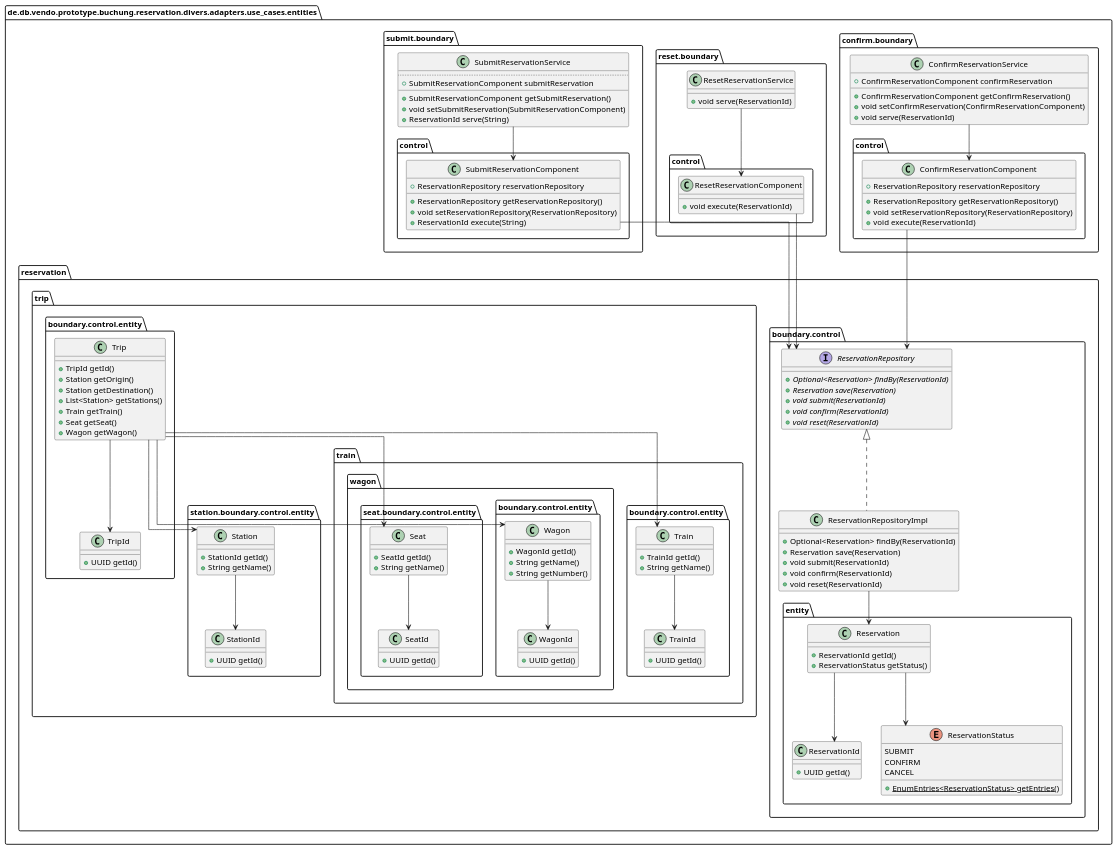
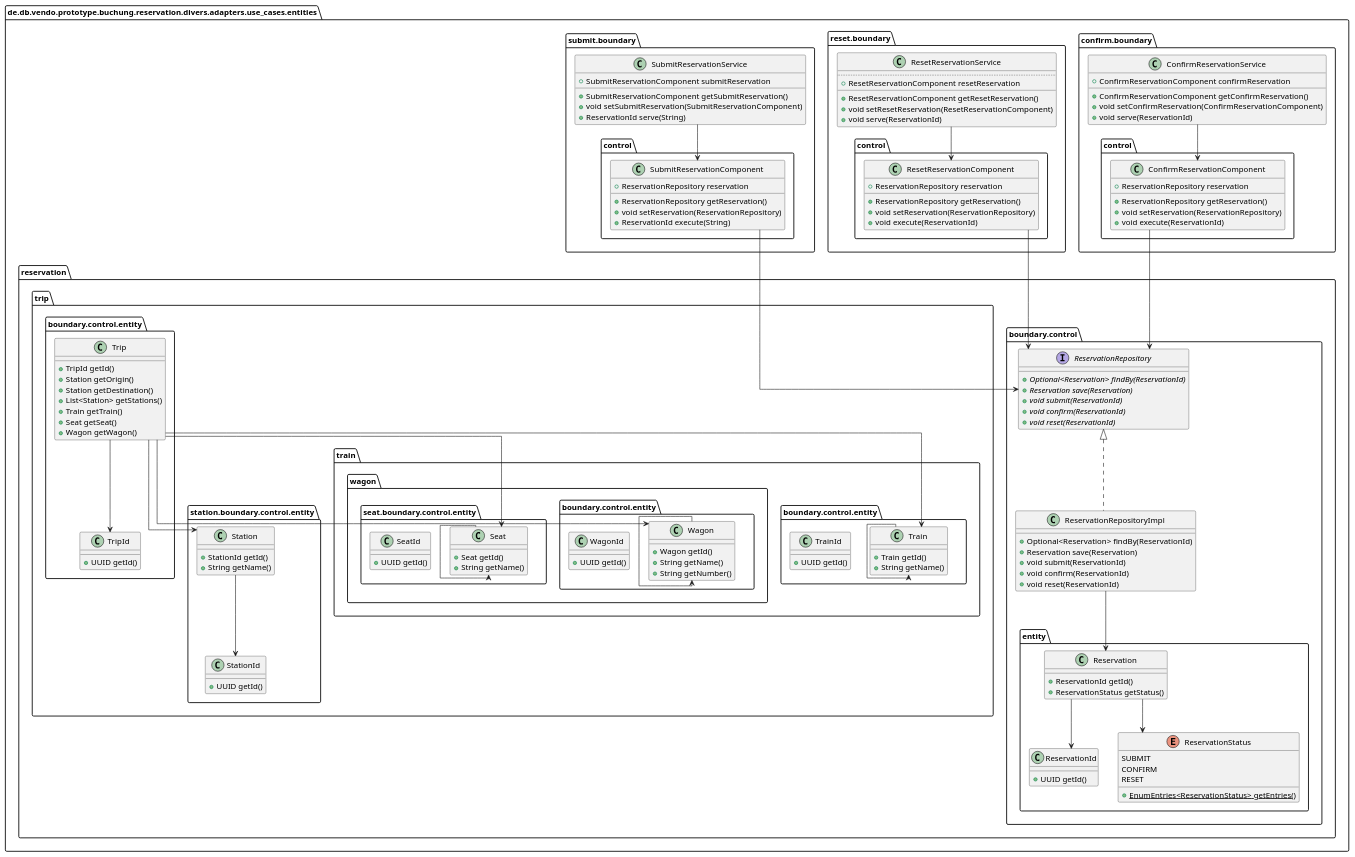
One commit to punkratz312/reservation-proto changed the diagram in doc/uml/puml/entities.puml. Above: the diagram before and after it, drawn with PlantUML. The commit also changed 15 other files, not shown here.

```diff
--- a/doc/uml/puml/entities.puml
+++ b/doc/uml/puml/entities.puml
@@ -1,129 +1,137 @@
 @startuml
 !pragma useIntermediatePackages false
 skinparam linetype ortho
 show stereotype
 
 class "ConfirmReservationService" as de.db.vendo.prototype.buchung.reservation.divers.adapters.use_cases.entities.confirm.boundary.ConfirmReservationService {
   +ConfirmReservationComponent confirmReservation
   __
   +ConfirmReservationComponent getConfirmReservation()
   +void setConfirmReservation(ConfirmReservationComponent)
   +void serve(ReservationId)
 }
 class "ConfirmReservationComponent" as de.db.vendo.prototype.buchung.reservation.divers.adapters.use_cases.entities.confirm.boundary.control.ConfirmReservationComponent {
-  +ReservationRepository reservationRepository
+  +ReservationRepository reservation
   __
-  +ReservationRepository getReservationRepository()
-  +void setReservationRepository(ReservationRepository)
+  +ReservationRepository getReservation()
+  +void setReservation(ReservationRepository)
   +void execute(ReservationId)
 }
 interface "ReservationRepository" as de.db.vendo.prototype.buchung.reservation.divers.adapters.use_cases.entities.reservation.boundary.control.ReservationRepository {
   + {abstract}Optional<Reservation> findBy(ReservationId)
   + {abstract}Reservation save(Reservation)
   + {abstract}void submit(ReservationId)
   + {abstract}void confirm(ReservationId)
   + {abstract}void reset(ReservationId)
 }
 class "ReservationRepositoryImpl" as de.db.vendo.prototype.buchung.reservation.divers.adapters.use_cases.entities.reservation.boundary.control.ReservationRepositoryImpl {
   +Optional<Reservation> findBy(ReservationId)
   +Reservation save(Reservation)
   +void submit(ReservationId)
   +void confirm(ReservationId)
   +void reset(ReservationId)
 }
 class "Reservation" as de.db.vendo.prototype.buchung.reservation.divers.adapters.use_cases.entities.reservation.boundary.control.entity.Reservation {
   +ReservationId getId()
   +ReservationStatus getStatus()
 }
 class "ReservationId" as de.db.vendo.prototype.buchung.reservation.divers.adapters.use_cases.entities.reservation.boundary.control.entity.ReservationId {
   +UUID getId()
 }
 enum "ReservationStatus" as de.db.vendo.prototype.buchung.reservation.divers.adapters.use_cases.entities.reservation.boundary.control.entity.ReservationStatus {
   SUBMIT
   CONFIRM
-  CANCEL
+  RESET
   __
   + {static}EnumEntries<ReservationStatus> getEntries()
 }
 class "Trip" as de.db.vendo.prototype.buchung.reservation.divers.adapters.use_cases.entities.reservation.trip.boundary.control.entity.Trip {
   +TripId getId()
   +Station getOrigin()
   +Station getDestination()
   +List<Station> getStations()
   +Train getTrain()
   +Seat getSeat()
   +Wagon getWagon()
 }
 class "TripId" as de.db.vendo.prototype.buchung.reservation.divers.adapters.use_cases.entities.reservation.trip.boundary.control.entity.TripId {
   +UUID getId()
 }
 class "Station" as de.db.vendo.prototype.buchung.reservation.divers.adapters.use_cases.entities.reservation.trip.station.boundary.control.entity.Station {
   +StationId getId()
   +String getName()
 }
 class "StationId" as de.db.vendo.prototype.buchung.reservation.divers.adapters.use_cases.entities.reservation.trip.station.boundary.control.entity.StationId {
   +UUID getId()
 }
 class "Train" as de.db.vendo.prototype.buchung.reservation.divers.adapters.use_cases.entities.reservation.trip.train.boundary.control.entity.Train {
-  +TrainId getId()
+  +Train getId()
   +String getName()
 }
 class "TrainId" as de.db.vendo.prototype.buchung.reservation.divers.adapters.use_cases.entities.reservation.trip.train.boundary.control.entity.TrainId {
   +UUID getId()
 }
 class "Wagon" as de.db.vendo.prototype.buchung.reservation.divers.adapters.use_cases.entities.reservation.trip.train.wagon.boundary.control.entity.Wagon {
-  +WagonId getId()
+  +Wagon getId()
   +String getName()
   +String getNumber()
 }
 class "WagonId" as de.db.vendo.prototype.buchung.reservation.divers.adapters.use_cases.entities.reservation.trip.train.wagon.boundary.control.entity.WagonId {
   +UUID getId()
 }
 class "Seat" as de.db.vendo.prototype.buchung.reservation.divers.adapters.use_cases.entities.reservation.trip.train.wagon.seat.boundary.control.entity.Seat {
-  +SeatId getId()
+  +Seat getId()
   +String getName()
 }
 class "SeatId" as de.db.vendo.prototype.buchung.reservation.divers.adapters.use_cases.entities.reservation.trip.train.wagon.seat.boundary.control.entity.SeatId {
   +UUID getId()
 }
 class "ResetReservationService" as de.db.vendo.prototype.buchung.reservation.divers.adapters.use_cases.entities.reset.boundary.ResetReservationService {
+  ..
+  +ResetReservationComponent resetReservation
+  __
+  +ResetReservationComponent getResetReservation()
+  +void setResetReservation(ResetReservationComponent)
   +void serve(ReservationId)
 }
 class "ResetReservationComponent" as de.db.vendo.prototype.buchung.reservation.divers.adapters.use_cases.entities.reset.boundary.control.ResetReservationComponent {
+  +ReservationRepository reservation
+  __
+  +ReservationRepository getReservation()
+  +void setReservation(ReservationRepository)
   +void execute(ReservationId)
 }
 class "SubmitReservationService" as de.db.vendo.prototype.buchung.reservation.divers.adapters.use_cases.entities.submit.boundary.SubmitReservationService {
-  ..
   +SubmitReservationComponent submitReservation
   __
   +SubmitReservationComponent getSubmitReservation()
   +void setSubmitReservation(SubmitReservationComponent)
   +ReservationId serve(String)
 }
 class "SubmitReservationComponent" as de.db.vendo.prototype.buchung.reservation.divers.adapters.use_cases.entities.submit.boundary.control.SubmitReservationComponent {
-  +ReservationRepository reservationRepository
+  +ReservationRepository reservation
   __
-  +ReservationRepository getReservationRepository()
-  +void setReservationRepository(ReservationRepository)
+  +ReservationRepository getReservation()
+  +void setReservation(ReservationRepository)
   +ReservationId execute(String)
 }
 de.db.vendo.prototype.buchung.reservation.divers.adapters.use_cases.entities.confirm.boundary.ConfirmReservationService --> de.db.vendo.prototype.buchung.reservation.divers.adapters.use_cases.entities.confirm.boundary.control.ConfirmReservationComponent
 de.db.vendo.prototype.buchung.reservation.divers.adapters.use_cases.entities.confirm.boundary.control.ConfirmReservationComponent --> de.db.vendo.prototype.buchung.reservation.divers.adapters.use_cases.entities.reservation.boundary.control.ReservationRepository
 de.db.vendo.prototype.buchung.reservation.divers.adapters.use_cases.entities.reservation.boundary.control.ReservationRepositoryImpl .u.|> de.db.vendo.prototype.buchung.reservation.divers.adapters.use_cases.entities.reservation.boundary.control.ReservationRepository
 de.db.vendo.prototype.buchung.reservation.divers.adapters.use_cases.entities.reservation.boundary.control.ReservationRepositoryImpl --> de.db.vendo.prototype.buchung.reservation.divers.adapters.use_cases.entities.reservation.boundary.control.entity.Reservation
 de.db.vendo.prototype.buchung.reservation.divers.adapters.use_cases.entities.reservation.boundary.control.entity.Reservation --> de.db.vendo.prototype.buchung.reservation.divers.adapters.use_cases.entities.reservation.boundary.control.entity.ReservationId
 de.db.vendo.prototype.buchung.reservation.divers.adapters.use_cases.entities.reservation.boundary.control.entity.Reservation --> de.db.vendo.prototype.buchung.reservation.divers.adapters.use_cases.entities.reservation.boundary.control.entity.ReservationStatus
 de.db.vendo.prototype.buchung.reservation.divers.adapters.use_cases.entities.reservation.trip.boundary.control.entity.Trip --> de.db.vendo.prototype.buchung.reservation.divers.adapters.use_cases.entities.reservation.trip.boundary.control.entity.TripId
 de.db.vendo.prototype.buchung.reservation.divers.adapters.use_cases.entities.reservation.trip.boundary.control.entity.Trip --> de.db.vendo.prototype.buchung.reservation.divers.adapters.use_cases.entities.reservation.trip.station.boundary.control.entity.Station
 de.db.vendo.prototype.buchung.reservation.divers.adapters.use_cases.entities.reservation.trip.boundary.control.entity.Trip --> de.db.vendo.prototype.buchung.reservation.divers.adapters.use_cases.entities.reservation.trip.train.wagon.seat.boundary.control.entity.Seat
 de.db.vendo.prototype.buchung.reservation.divers.adapters.use_cases.entities.reservation.trip.boundary.control.entity.Trip --> de.db.vendo.prototype.buchung.reservation.divers.adapters.use_cases.entities.reservation.trip.train.boundary.control.entity.Train
 de.db.vendo.prototype.buchung.reservation.divers.adapters.use_cases.entities.reservation.trip.boundary.control.entity.Trip --> de.db.vendo.prototype.buchung.reservation.divers.adapters.use_cases.entities.reservation.trip.train.wagon.boundary.control.entity.Wagon
 de.db.vendo.prototype.buchung.reservation.divers.adapters.use_cases.entities.reservation.trip.station.boundary.control.entity.Station --> de.db.vendo.prototype.buchung.reservation.divers.adapters.use_cases.entities.reservation.trip.station.boundary.control.entity.StationId
-de.db.vendo.prototype.buchung.reservation.divers.adapters.use_cases.entities.reservation.trip.train.boundary.control.entity.Train --> de.db.vendo.prototype.buchung.reservation.divers.adapters.use_cases.entities.reservation.trip.train.boundary.control.entity.TrainId
-de.db.vendo.prototype.buchung.reservation.divers.adapters.use_cases.entities.reservation.trip.train.wagon.boundary.control.entity.Wagon --> de.db.vendo.prototype.buchung.reservation.divers.adapters.use_cases.entities.reservation.trip.train.wagon.boundary.control.entity.WagonId
-de.db.vendo.prototype.buchung.reservation.divers.adapters.use_cases.entities.reservation.trip.train.wagon.seat.boundary.control.entity.Seat --> de.db.vendo.prototype.buchung.reservation.divers.adapters.use_cases.entities.reservation.trip.train.wagon.seat.boundary.control.entity.SeatId
+de.db.vendo.prototype.buchung.reservation.divers.adapters.use_cases.entities.reservation.trip.train.boundary.control.entity.Train --> de.db.vendo.prototype.buchung.reservation.divers.adapters.use_cases.entities.reservation.trip.train.boundary.control.entity.Train
+de.db.vendo.prototype.buchung.reservation.divers.adapters.use_cases.entities.reservation.trip.train.wagon.boundary.control.entity.Wagon --> de.db.vendo.prototype.buchung.reservation.divers.adapters.use_cases.entities.reservation.trip.train.wagon.boundary.control.entity.Wagon
+de.db.vendo.prototype.buchung.reservation.divers.adapters.use_cases.entities.reservation.trip.train.wagon.seat.boundary.control.entity.Seat --> de.db.vendo.prototype.buchung.reservation.divers.adapters.use_cases.entities.reservation.trip.train.wagon.seat.boundary.control.entity.Seat
 de.db.vendo.prototype.buchung.reservation.divers.adapters.use_cases.entities.reset.boundary.ResetReservationService --> de.db.vendo.prototype.buchung.reservation.divers.adapters.use_cases.entities.reset.boundary.control.ResetReservationComponent
 de.db.vendo.prototype.buchung.reservation.divers.adapters.use_cases.entities.reset.boundary.control.ResetReservationComponent --> de.db.vendo.prototype.buchung.reservation.divers.adapters.use_cases.entities.reservation.boundary.control.ReservationRepository
 de.db.vendo.prototype.buchung.reservation.divers.adapters.use_cases.entities.submit.boundary.SubmitReservationService --> de.db.vendo.prototype.buchung.reservation.divers.adapters.use_cases.entities.submit.boundary.control.SubmitReservationComponent
 de.db.vendo.prototype.buchung.reservation.divers.adapters.use_cases.entities.submit.boundary.control.SubmitReservationComponent --> de.db.vendo.prototype.buchung.reservation.divers.adapters.use_cases.entities.reservation.boundary.control.ReservationRepository
 @enduml
```
